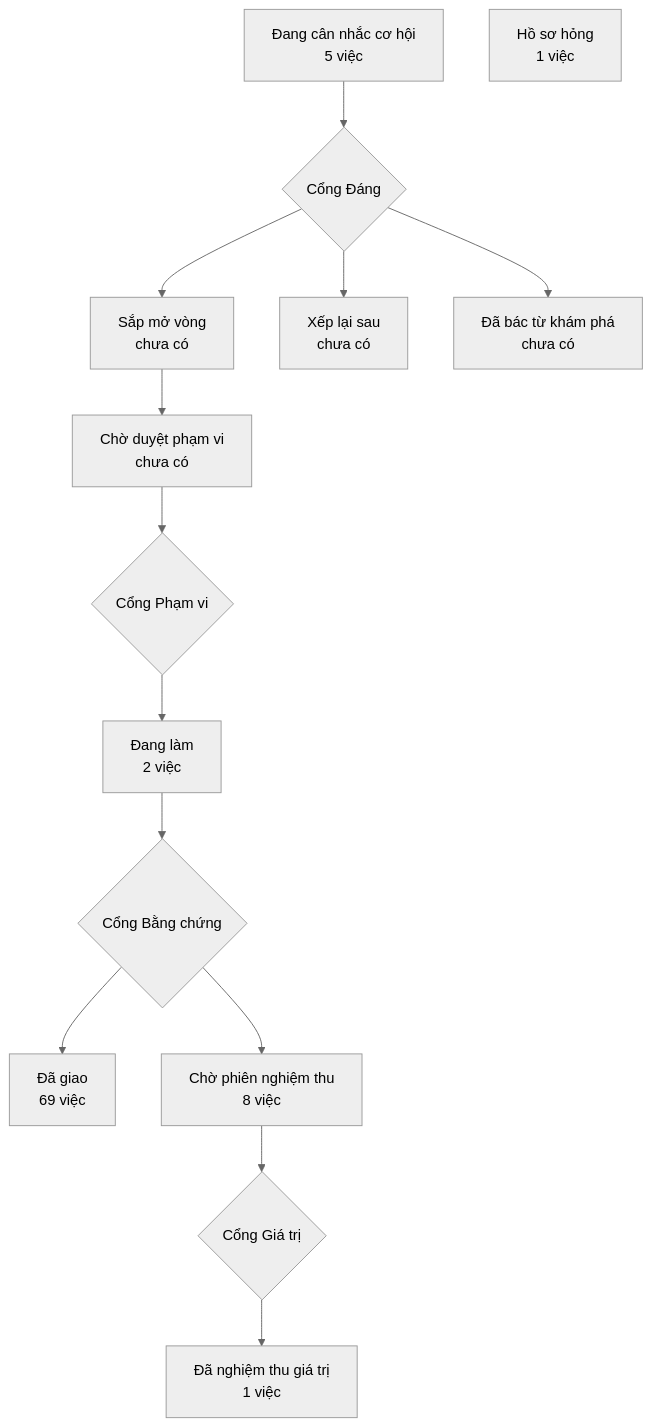
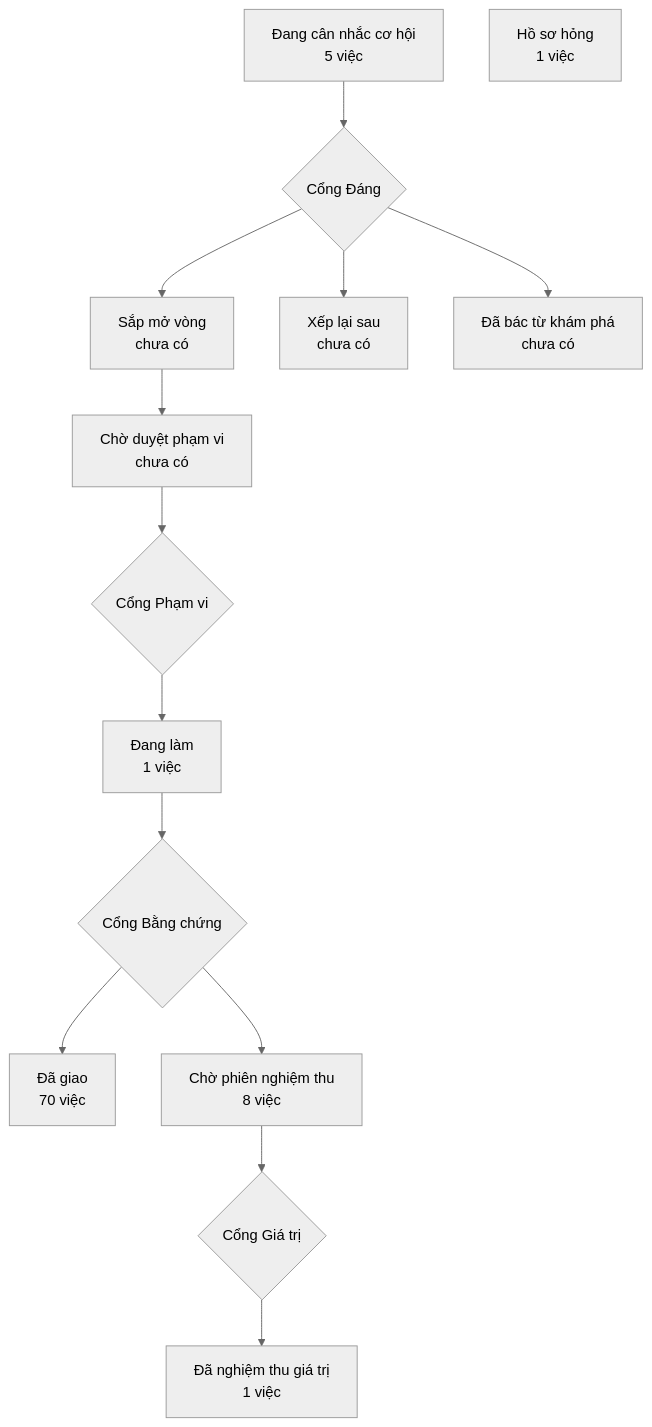
One commit to phanlemanh/crm-onehub changed the diagram in PRODUCT-MAP.md. Above: the diagram before and after it, drawn with Mermaid (neutral theme). The commit also changed 3 other files, not shown here.

````diff
--- a/PRODUCT-MAP.md
+++ b/PRODUCT-MAP.md
@@ -6,13 +6,13 @@
 ```mermaid
 flowchart TD
   A["Đang cân nhắc cơ hội<br/>5 việc"] --> GD{"Cổng Đáng"}
   GD --> B["Sắp mở vòng<br/>chưa có"]
   GD --> XL["Xếp lại sau<br/>chưa có"]
   GD --> DB["Đã bác từ khám phá<br/>chưa có"]
   B --> CD["Chờ duyệt phạm vi<br/>chưa có"] --> GP{"Cổng Phạm vi"}
-  GP --> DL["Đang làm<br/>2 việc"] --> GB{"Cổng Bằng chứng"}
-  GB --> DG["Đã giao<br/>69 việc"]
+  GP --> DL["Đang làm<br/>1 việc"] --> GB{"Cổng Bằng chứng"}
+  GB --> DG["Đã giao<br/>70 việc"]
   GB --> CN["Chờ phiên nghiệm thu<br/>8 việc"] --> GG{"Cổng Giá trị"}
   GG --> NT["Đã nghiệm thu giá trị<br/>1 việc"]
   HS["Hồ sơ hỏng<br/>1 việc"]
 ```
````
